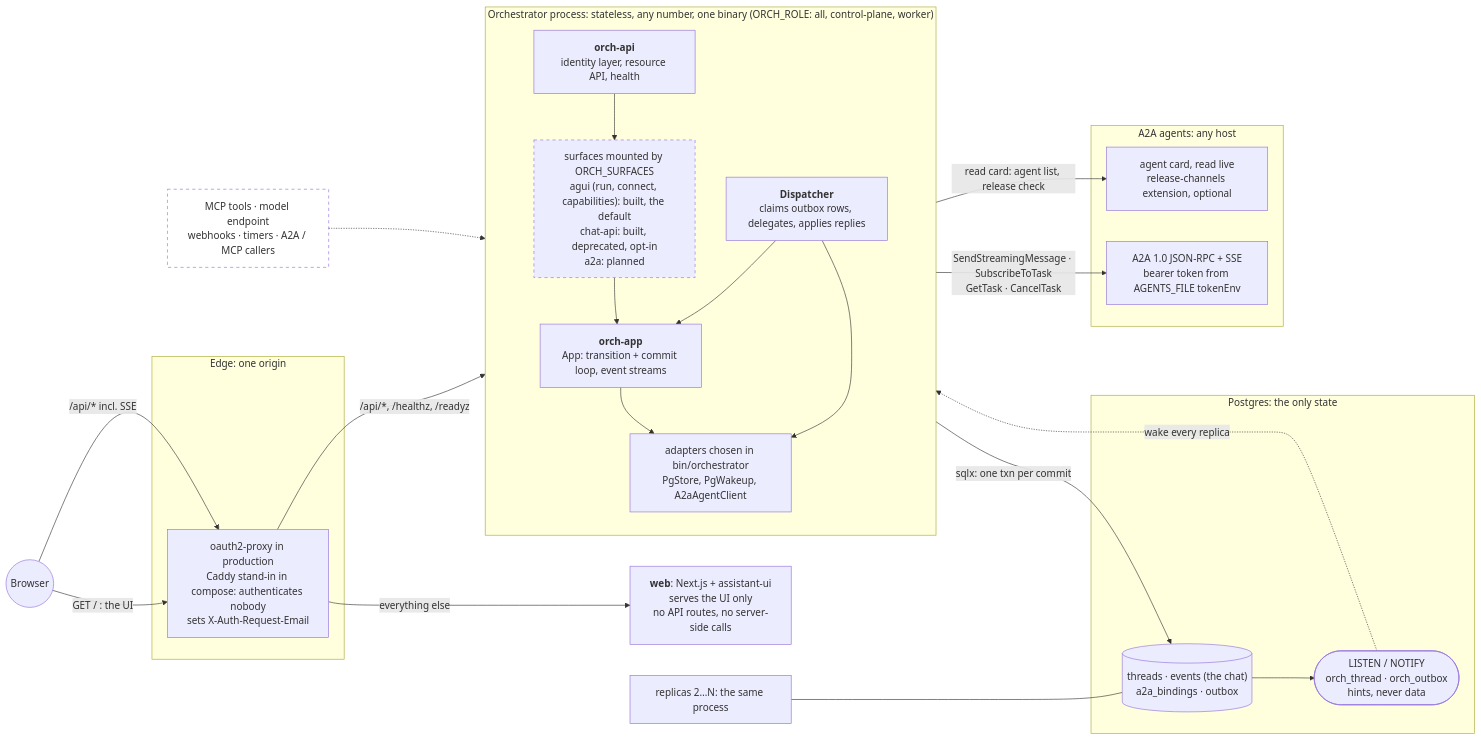
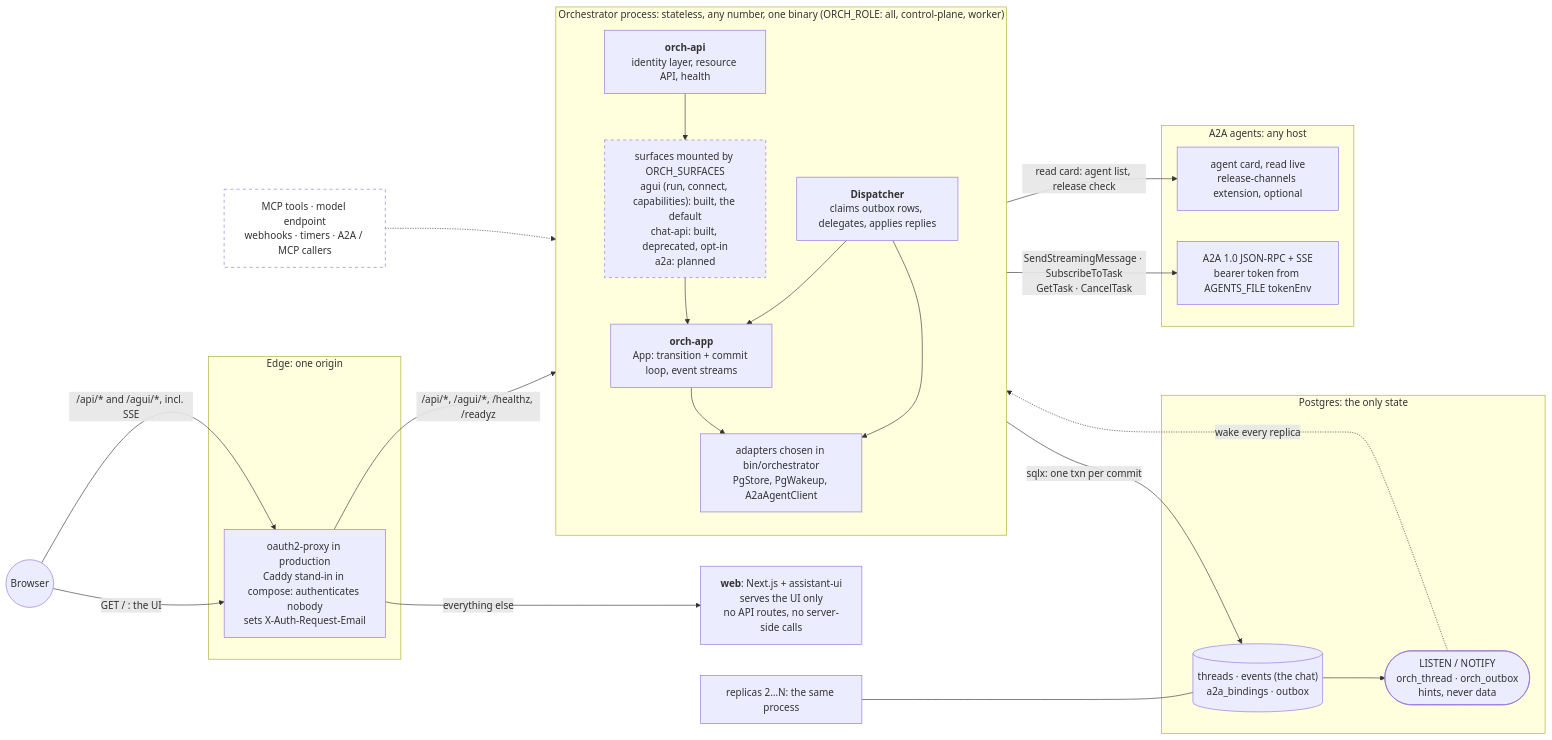
The first of 10 diagrams in docs/architecture.md (vymalo/another-agentic-system), drawn with Mermaid before and after one commit. The commit also changed other lines of this file and 7 other files, not shown here.

First line of the commit message:
docs: architecture and orchestrator diagrams for AG-UI (#46)

````diff
--- a/docs/architecture.md
+++ b/docs/architecture.md
@@ -76,42 +76,42 @@
 ```mermaid
 flowchart LR
   browser(("Browser"))
   subgraph EDGE["Edge: one origin"]
     edge["oauth2-proxy in production<br/>Caddy stand-in in compose: authenticates nobody<br/>sets X-Auth-Request-Email"]
   end
   web["<b>web</b>: Next.js + assistant-ui<br/>serves the UI only<br/>no API routes, no server-side calls"]
   subgraph REPLICA["Orchestrator process: stateless, any number, one binary (ORCH_ROLE: all, control-plane, worker)"]
     direction TB
     api["<b>orch-api</b><br/>identity layer, resource API, health"]
     surfaces["surfaces mounted by ORCH_SURFACES<br/>agui (run, connect, capabilities): built, the default<br/>chat-api: built, deprecated, opt-in<br/>a2a: planned"]
     app["<b>orch-app</b><br/>App: transition + commit loop, event streams"]
     disp["<b>Dispatcher</b><br/>claims outbox rows, delegates, applies replies"]
     adapters["adapters chosen in bin/orchestrator<br/>PgStore, PgWakeup, A2aAgentClient"]
     api --> surfaces --> app
     disp --> app
     app --> adapters
     disp --> adapters
   end
   subgraph PG["Postgres: the only state"]
     tables[("threads · events (the chat)<br/>a2a_bindings · outbox")]
     notify(["LISTEN / NOTIFY<br/>orch_thread · orch_outbox<br/>hints, never data"])
   end
   subgraph AGENTS["A2A agents: any host"]
     card["agent card, read live<br/>release-channels extension, optional"]
     a2a["A2A 1.0 JSON-RPC + SSE<br/>bearer token from AGENTS_FILE tokenEnv"]
   end
   browser -- "GET / : the UI" --> edge
-  browser -- "/api/* incl. SSE" --> edge
+  browser -- "/api/* and /agui/*, incl. SSE" --> edge
   edge -- "everything else" --> web
-  edge -- "/api/*, /healthz, /readyz" --> api
+  edge -- "/api/*, /agui/*, /healthz, /readyz" --> api
   adapters -- "sqlx: one txn per commit" --> tables
   tables --> notify
   notify -. "wake every replica" .-> adapters
   adapters -- "SendStreamingMessage · SubscribeToTask<br/>GetTask · CancelTask" --> a2a
   adapters -- "read card: agent list, release check" --> card
   more["replicas 2…N: the same process"] --- tables
   mcp["MCP tools · model endpoint<br/>webhooks · timers · A2A / MCP callers"]:::planned
   mcp -.-> api
   classDef planned stroke-dasharray: 5 5,fill:none
   style surfaces stroke-dasharray: 5 5
 ```
````
